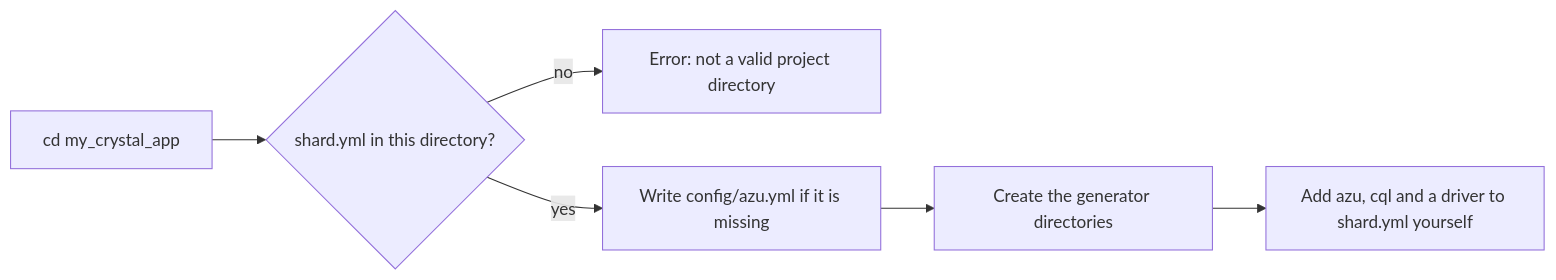
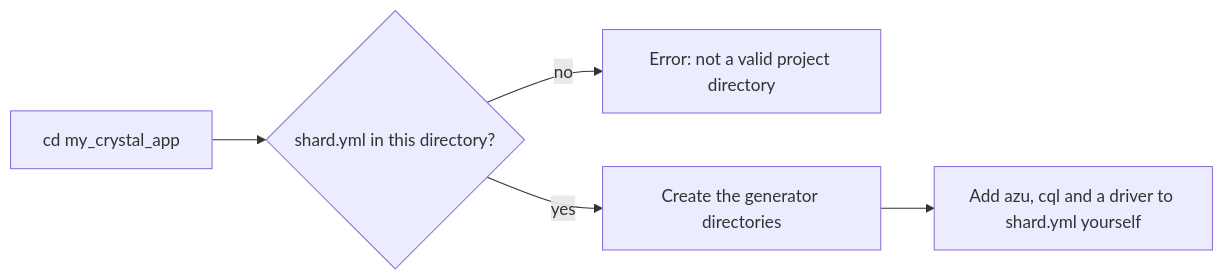
One commit to azutoolkit/azu_cli changed the diagram in docs/command-reference/azu-init.md. Above: the diagram before and after it, drawn with Mermaid. The commit also changed other lines of this file and 50 other files, not shown here.

First line of the commit message:
Remove azu.yml, add `azu config` for the app's configuration, fix three generator bugs (#50)

````diff
--- a/docs/command-reference/azu-init.md
+++ b/docs/command-reference/azu-init.md
@@ -13,8 +13,7 @@
 ```mermaid
 flowchart LR
   A["cd my_crystal_app"] --> B{"shard.yml in this directory?"}
   B -->|no| C["Error: not a valid project directory"]
-  B -->|yes| D["Write config/azu.yml if it is missing"]
-  D --> E["Create the generator directories"]
+  B -->|yes| E["Create the generator directories"]
   E --> F["Add azu, cql and a driver to shard.yml yourself"]
 ```
````
